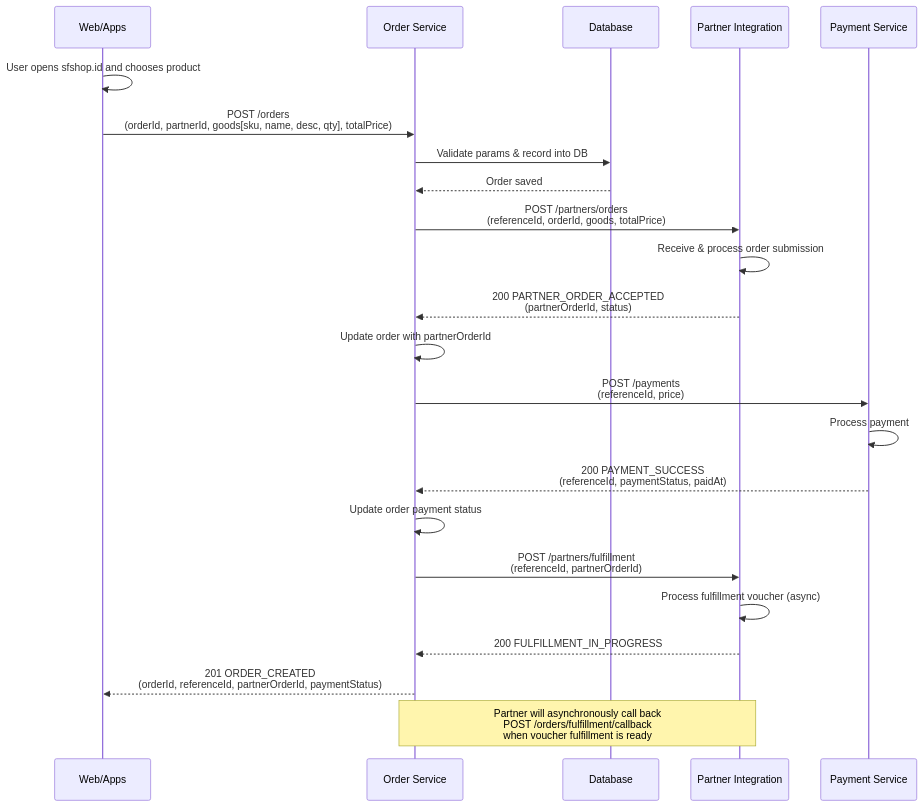
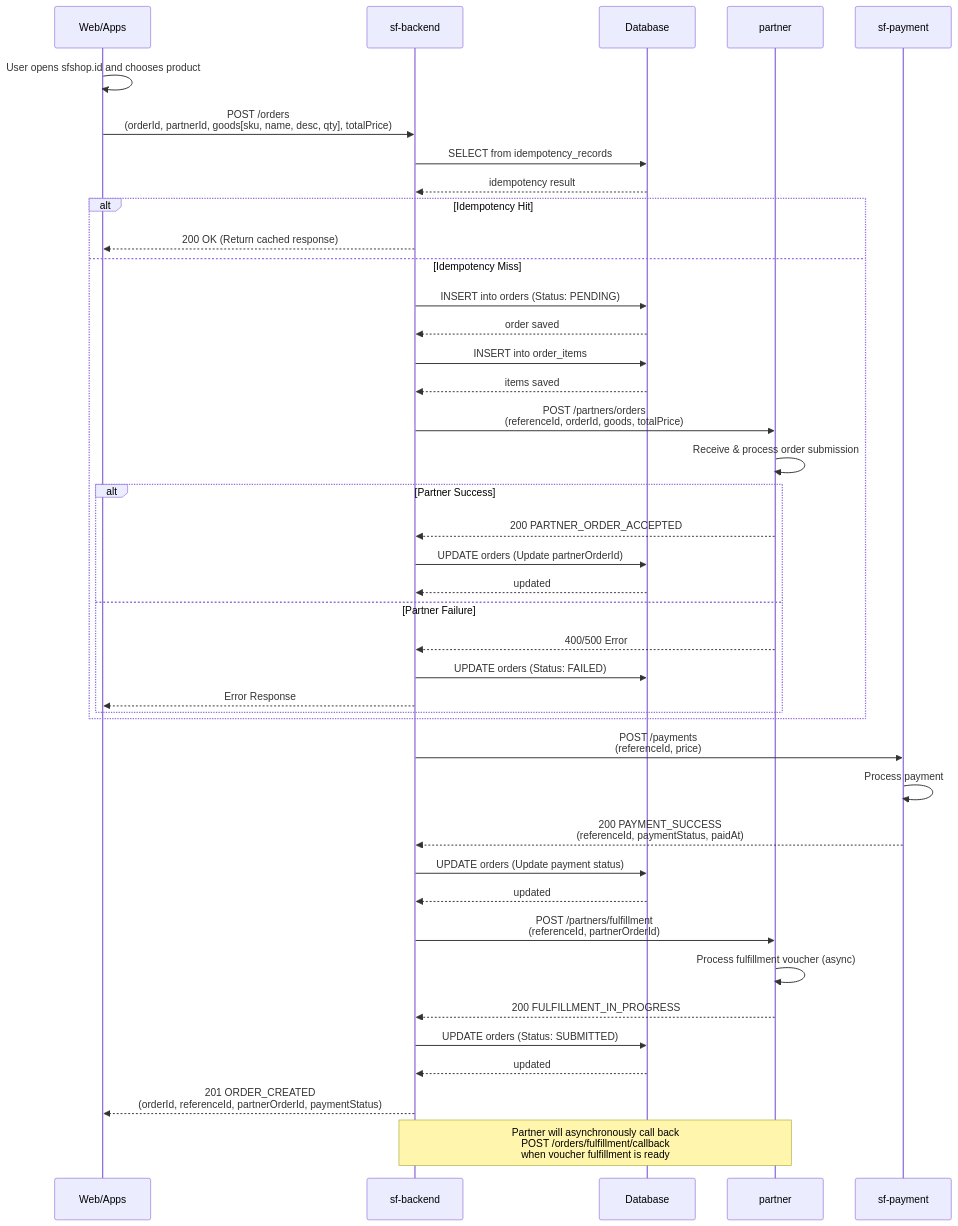
One commit to jafarrohmadi/xl-test changed the first of 3 diagrams in api-contract/sf-backend/sequence.md. Above: the diagram before and after it, drawn with Mermaid. The commit also changed other lines of this file and 3308 other files, not shown here.

First line of the commit message:
feat: implement complete microservices architecture with documentation

````diff
--- a/api-contract/sf-backend/sequence.md
+++ b/api-contract/sf-backend/sequence.md
@@ -5,33 +5,52 @@
 ```mermaid
 sequenceDiagram
-    participant WA as Web/Apps
-    participant OS as Order Service
-    participant DB as Database
-    participant PI as Partner Integration
-    participant PS as Payment Service
+    participant WebApps as Web/Apps
+    participant Backend as sf-backend
+    participant Database as Database
+    participant Partner as partner
+    participant Payment as sf-payment
 
-    WA->>WA: User opens sfshop.id and chooses product
-    WA->>OS: POST /orders<br/>(orderId, partnerId, goods[sku, name, desc, qty], totalPrice)
-    OS->>DB: Validate params & record into DB
-    DB-->>OS: Order saved
+    WebApps->>WebApps: User opens sfshop.id and chooses product
+    WebApps->>Backend: POST /orders<br/>(orderId, partnerId, goods[sku, name, desc, qty], totalPrice)
+    Backend->>Database: SELECT from idempotency_records
+    Database-->>Backend: idempotency result
+    
+    alt Idempotency Hit
+        Backend-->>WebApps: 200 OK (Return cached response)
+    else Idempotency Miss
+        Backend->>Database: INSERT into orders (Status: PENDING)
+        Database-->>Backend: order saved
+        Backend->>Database: INSERT into order_items
+        Database-->>Backend: items saved
 
-    OS->>PI: POST /partners/orders<br/>(referenceId, orderId, goods, totalPrice)
-    PI->>PI: Receive & process order submission
-    PI-->>OS: 200 PARTNER_ORDER_ACCEPTED<br/>(partnerOrderId, status)
+        Backend->>Partner: POST /partners/orders<br/>(referenceId, orderId, goods, totalPrice)
+        Partner->>Partner: Receive & process order submission
+        
+        alt Partner Success
+            Partner-->>Backend: 200 PARTNER_ORDER_ACCEPTED
+            Backend->>Database: UPDATE orders (Update partnerOrderId)
+            Database-->>Backend: updated
+        else Partner Failure
+            Partner-->>Backend: 400/500 Error
+            Backend->>Database: UPDATE orders (Status: FAILED)
+            Backend-->>WebApps: Error Response
+        end
+    end
 
-    OS->>OS: Update order with partnerOrderId
+    Backend->>Payment: POST /payments<br/>(referenceId, price)
+    Payment->>Payment: Process payment
+    Payment-->>Backend: 200 PAYMENT_SUCCESS<br/>(referenceId, paymentStatus, paidAt)
 
-    OS->>PS: POST /payments<br/>(referenceId, price)
-    PS->>PS: Process payment
-    PS-->>OS: 200 PAYMENT_SUCCESS<br/>(referenceId, paymentStatus, paidAt)
+    Backend->>Database: UPDATE orders (Update payment status)
+    Database-->>Backend: updated
 
-    OS->>OS: Update order payment status
+    Backend->>Partner: POST /partners/fulfillment<br/>(referenceId, partnerOrderId)
+    Partner->>Partner: Process fulfillment voucher (async)
+    Partner-->>Backend: 200 FULFILLMENT_IN_PROGRESS
 
-    OS->>PI: POST /partners/fulfillment<br/>(referenceId, partnerOrderId)
-    PI->>PI: Process fulfillment voucher (async)
-    PI-->>OS: 200 FULFILLMENT_IN_PROGRESS
+    Backend->>Database: UPDATE orders (Status: SUBMITTED)
+    Database-->>Backend: updated
+    Backend-->>WebApps: 201 ORDER_CREATED<br/>(orderId, referenceId, partnerOrderId, paymentStatus)
 
-    OS-->>WA: 201 ORDER_CREATED<br/>(orderId, referenceId, partnerOrderId, paymentStatus)
-
-    Note over PI,OS: Partner will asynchronously call back<br/>POST /orders/fulfillment/callback<br/>when voucher fulfillment is ready
+    Note over Partner,Backend: Partner will asynchronously call back<br/>POST /orders/fulfillment/callback<br/>when voucher fulfillment is ready
 ```
````
